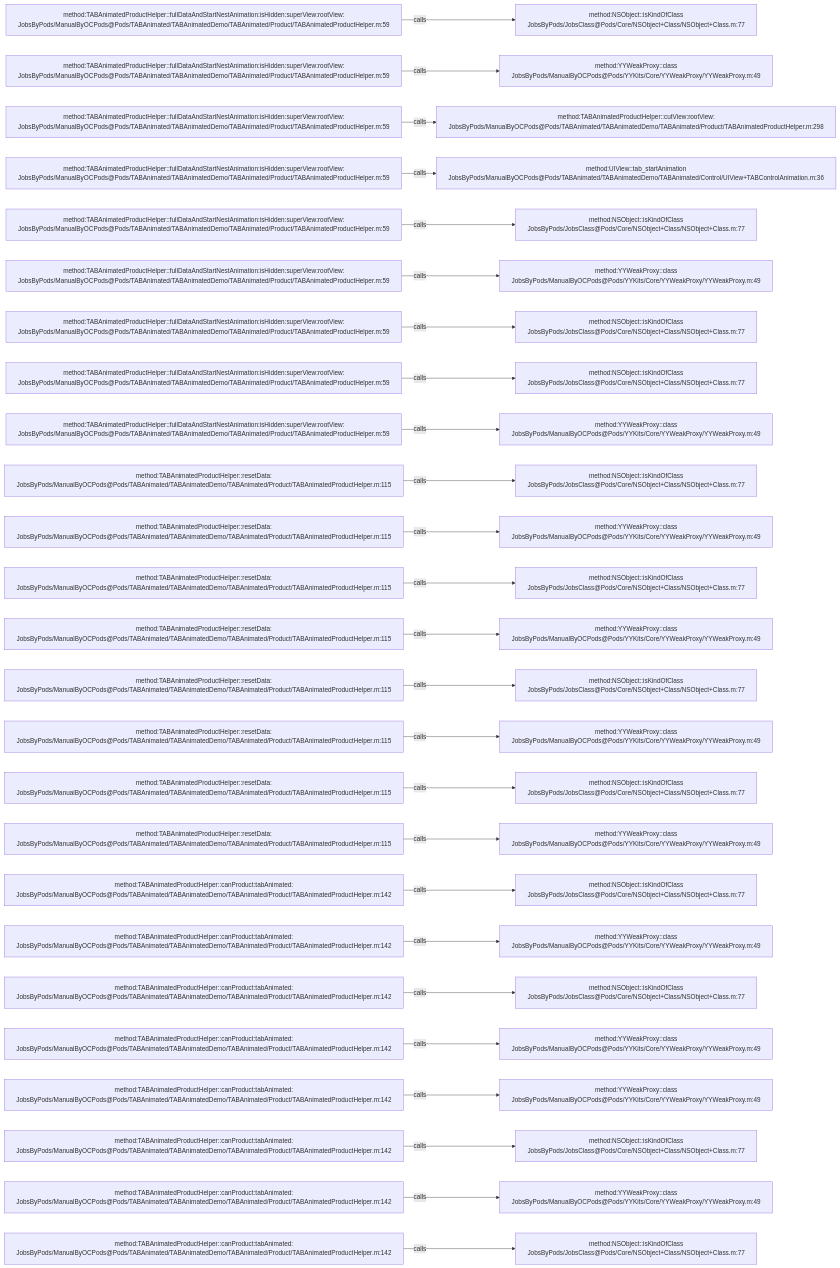
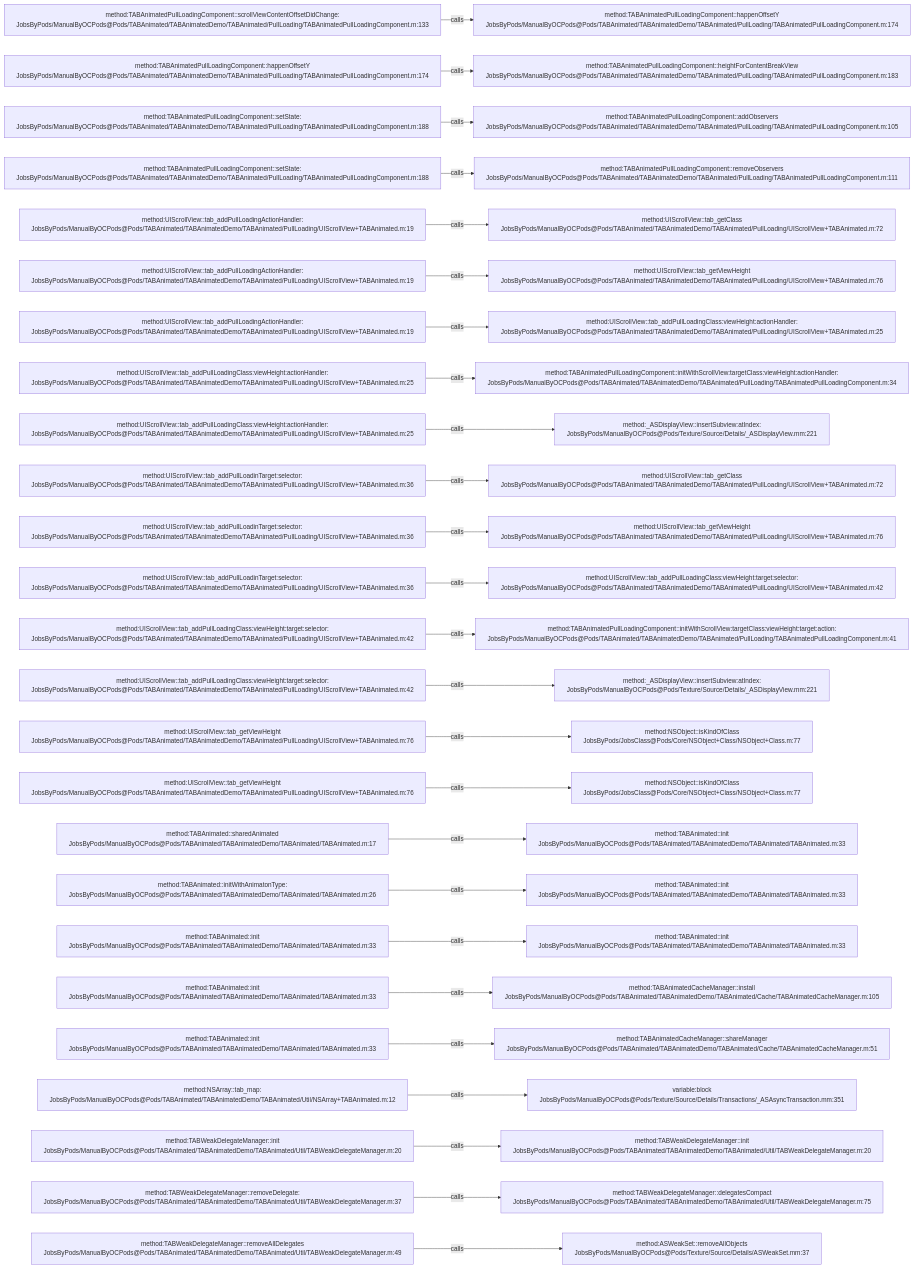
The diagram in .codegraph/codegraph.md/graphs/calls-031.md (JobsKits/JobsOCBaseConfigDemo), drawn with Mermaid before and after one commit. The commit also changed 1448 other files, not shown here.

````diff
--- a/.codegraph/codegraph.md/graphs/calls-031.md
+++ b/.codegraph/codegraph.md/graphs/calls-031.md
@@ -13,78 +13,78 @@
 ```mermaid
 flowchart LR
-  S1["method:TABAnimatedProductHelper::fullDataAndStartNestAnimation:isHidden:superView:rootView:<br/>JobsByPods/ManualByOCPods@Pods/TABAnimated/TABAnimatedDemo/TABAnimated/Product/TABAnimatedProductHelper.m:59"]
-  T1["method:NSObject::isKindOfClass<br/>JobsByPods/JobsClass@Pods/Core/NSObject+Class/NSObject+Class.m:77"]
+  S1["method:TABAnimatedPullLoadingComponent::scrollViewContentOffsetDidChange:<br/>JobsByPods/ManualByOCPods@Pods/TABAnimated/TABAnimatedDemo/TABAnimated/PullLoading/TABAnimatedPullLoadingComponent.m:133"]
+  T1["method:TABAnimatedPullLoadingComponent::happenOffsetY<br/>JobsByPods/ManualByOCPods@Pods/TABAnimated/TABAnimatedDemo/TABAnimated/PullLoading/TABAnimatedPullLoadingComponent.m:174"]
   S1 -->|calls| T1
-  S2["method:TABAnimatedProductHelper::fullDataAndStartNestAnimation:isHidden:superView:rootView:<br/>JobsByPods/ManualByOCPods@Pods/TABAnimated/TABAnimatedDemo/TABAnimated/Product/TABAnimatedProductHelper.m:59"]
-  T2["method:YYWeakProxy::class<br/>JobsByPods/ManualByOCPods@Pods/YYKits/Core/YYWeakProxy/YYWeakProxy.m:49"]
+  S2["method:TABAnimatedPullLoadingComponent::happenOffsetY<br/>JobsByPods/ManualByOCPods@Pods/TABAnimated/TABAnimatedDemo/TABAnimated/PullLoading/TABAnimatedPullLoadingComponent.m:174"]
+  T2["method:TABAnimatedPullLoadingComponent::heightForContentBreakView<br/>JobsByPods/ManualByOCPods@Pods/TABAnimated/TABAnimatedDemo/TABAnimated/PullLoading/TABAnimatedPullLoadingComponent.m:183"]
   S2 -->|calls| T2
-  S3["method:TABAnimatedProductHelper::fullDataAndStartNestAnimation:isHidden:superView:rootView:<br/>JobsByPods/ManualByOCPods@Pods/TABAnimated/TABAnimatedDemo/TABAnimated/Product/TABAnimatedProductHelper.m:59"]
-  T3["method:TABAnimatedProductHelper::cutView:rootView:<br/>JobsByPods/ManualByOCPods@Pods/TABAnimated/TABAnimatedDemo/TABAnimated/Product/TABAnimatedProductHelper.m:298"]
+  S3["method:TABAnimatedPullLoadingComponent::setState:<br/>JobsByPods/ManualByOCPods@Pods/TABAnimated/TABAnimatedDemo/TABAnimated/PullLoading/TABAnimatedPullLoadingComponent.m:188"]
+  T3["method:TABAnimatedPullLoadingComponent::addObservers<br/>JobsByPods/ManualByOCPods@Pods/TABAnimated/TABAnimatedDemo/TABAnimated/PullLoading/TABAnimatedPullLoadingComponent.m:105"]
   S3 -->|calls| T3
-  S4["method:TABAnimatedProductHelper::fullDataAndStartNestAnimation:isHidden:superView:rootView:<br/>JobsByPods/ManualByOCPods@Pods/TABAnimated/TABAnimatedDemo/TABAnimated/Product/TABAnimatedProductHelper.m:59"]
-  T4["method:UIView::tab_startAnimation<br/>JobsByPods/ManualByOCPods@Pods/TABAnimated/TABAnimatedDemo/TABAnimated/Control/UIView+TABControlAnimation.m:36"]
+  S4["method:TABAnimatedPullLoadingComponent::setState:<br/>JobsByPods/ManualByOCPods@Pods/TABAnimated/TABAnimatedDemo/TABAnimated/PullLoading/TABAnimatedPullLoadingComponent.m:188"]
+  T4["method:TABAnimatedPullLoadingComponent::removeObservers<br/>JobsByPods/ManualByOCPods@Pods/TABAnimated/TABAnimatedDemo/TABAnimated/PullLoading/TABAnimatedPullLoadingComponent.m:111"]
   S4 -->|calls| T4
-  S5["method:TABAnimatedProductHelper::fullDataAndStartNestAnimation:isHidden:superView:rootView:<br/>JobsByPods/ManualByOCPods@Pods/TABAnimated/TABAnimatedDemo/TABAnimated/Product/TABAnimatedProductHelper.m:59"]
-  T5["method:NSObject::isKindOfClass<br/>JobsByPods/JobsClass@Pods/Core/NSObject+Class/NSObject+Class.m:77"]
+  S5["method:UIScrollView::tab_addPullLoadingActionHandler:<br/>JobsByPods/ManualByOCPods@Pods/TABAnimated/TABAnimatedDemo/TABAnimated/PullLoading/UIScrollView+TABAnimated.m:19"]
+  T5["method:UIScrollView::tab_getClass<br/>JobsByPods/ManualByOCPods@Pods/TABAnimated/TABAnimatedDemo/TABAnimated/PullLoading/UIScrollView+TABAnimated.m:72"]
   S5 -->|calls| T5
-  S6["method:TABAnimatedProductHelper::fullDataAndStartNestAnimation:isHidden:superView:rootView:<br/>JobsByPods/ManualByOCPods@Pods/TABAnimated/TABAnimatedDemo/TABAnimated/Product/TABAnimatedProductHelper.m:59"]
-  T6["method:YYWeakProxy::class<br/>JobsByPods/ManualByOCPods@Pods/YYKits/Core/YYWeakProxy/YYWeakProxy.m:49"]
+  S6["method:UIScrollView::tab_addPullLoadingActionHandler:<br/>JobsByPods/ManualByOCPods@Pods/TABAnimated/TABAnimatedDemo/TABAnimated/PullLoading/UIScrollView+TABAnimated.m:19"]
+  T6["method:UIScrollView::tab_getViewHeight<br/>JobsByPods/ManualByOCPods@Pods/TABAnimated/TABAnimatedDemo/TABAnimated/PullLoading/UIScrollView+TABAnimated.m:76"]
   S6 -->|calls| T6
-  S7["method:TABAnimatedProductHelper::fullDataAndStartNestAnimation:isHidden:superView:rootView:<br/>JobsByPods/ManualByOCPods@Pods/TABAnimated/TABAnimatedDemo/TABAnimated/Product/TABAnimatedProductHelper.m:59"]
-  T7["method:NSObject::isKindOfClass<br/>JobsByPods/JobsClass@Pods/Core/NSObject+Class/NSObject+Class.m:77"]
+  S7["method:UIScrollView::tab_addPullLoadingActionHandler:<br/>JobsByPods/ManualByOCPods@Pods/TABAnimated/TABAnimatedDemo/TABAnimated/PullLoading/UIScrollView+TABAnimated.m:19"]
+  T7["method:UIScrollView::tab_addPullLoadingClass:viewHeight:actionHandler:<br/>JobsByPods/ManualByOCPods@Pods/TABAnimated/TABAnimatedDemo/TABAnimated/PullLoading/UIScrollView+TABAnimated.m:25"]
   S7 -->|calls| T7
-  S8["method:TABAnimatedProductHelper::fullDataAndStartNestAnimation:isHidden:superView:rootView:<br/>JobsByPods/ManualByOCPods@Pods/TABAnimated/TABAnimatedDemo/TABAnimated/Product/TABAnimatedProductHelper.m:59"]
-  T8["method:NSObject::isKindOfClass<br/>JobsByPods/JobsClass@Pods/Core/NSObject+Class/NSObject+Class.m:77"]
+  S8["method:UIScrollView::tab_addPullLoadingClass:viewHeight:actionHandler:<br/>JobsByPods/ManualByOCPods@Pods/TABAnimated/TABAnimatedDemo/TABAnimated/PullLoading/UIScrollView+TABAnimated.m:25"]
+  T8["method:TABAnimatedPullLoadingComponent::initWithScrollView:targetClass:viewHeight:actionHandler:<br/>JobsByPods/ManualByOCPods@Pods/TABAnimated/TABAnimatedDemo/TABAnimated/PullLoading/TABAnimatedPullLoadingComponent.m:34"]
   S8 -->|calls| T8
-  S9["method:TABAnimatedProductHelper::fullDataAndStartNestAnimation:isHidden:superView:rootView:<br/>JobsByPods/ManualByOCPods@Pods/TABAnimated/TABAnimatedDemo/TABAnimated/Product/TABAnimatedProductHelper.m:59"]
-  T9["method:YYWeakProxy::class<br/>JobsByPods/ManualByOCPods@Pods/YYKits/Core/YYWeakProxy/YYWeakProxy.m:49"]
+  S9["method:UIScrollView::tab_addPullLoadingClass:viewHeight:actionHandler:<br/>JobsByPods/ManualByOCPods@Pods/TABAnimated/TABAnimatedDemo/TABAnimated/PullLoading/UIScrollView+TABAnimated.m:25"]
+  T9["method:_ASDisplayView::insertSubview:atIndex:<br/>JobsByPods/ManualByOCPods@Pods/Texture/Source/Details/_ASDisplayView.mm:221"]
   S9 -->|calls| T9
-  S10["method:TABAnimatedProductHelper::resetData:<br/>JobsByPods/ManualByOCPods@Pods/TABAnimated/TABAnimatedDemo/TABAnimated/Product/TABAnimatedProductHelper.m:115"]
-  T10["method:NSObject::isKindOfClass<br/>JobsByPods/JobsClass@Pods/Core/NSObject+Class/NSObject+Class.m:77"]
+  S10["method:UIScrollView::tab_addPullLoadinTarget:selector:<br/>JobsByPods/ManualByOCPods@Pods/TABAnimated/TABAnimatedDemo/TABAnimated/PullLoading/UIScrollView+TABAnimated.m:36"]
+  T10["method:UIScrollView::tab_getClass<br/>JobsByPods/ManualByOCPods@Pods/TABAnimated/TABAnimatedDemo/TABAnimated/PullLoading/UIScrollView+TABAnimated.m:72"]
   S10 -->|calls| T10
-  S11["method:TABAnimatedProductHelper::resetData:<br/>JobsByPods/ManualByOCPods@Pods/TABAnimated/TABAnimatedDemo/TABAnimated/Product/TABAnimatedProductHelper.m:115"]
-  T11["method:YYWeakProxy::class<br/>JobsByPods/ManualByOCPods@Pods/YYKits/Core/YYWeakProxy/YYWeakProxy.m:49"]
+  S11["method:UIScrollView::tab_addPullLoadinTarget:selector:<br/>JobsByPods/ManualByOCPods@Pods/TABAnimated/TABAnimatedDemo/TABAnimated/PullLoading/UIScrollView+TABAnimated.m:36"]
+  T11["method:UIScrollView::tab_getViewHeight<br/>JobsByPods/ManualByOCPods@Pods/TABAnimated/TABAnimatedDemo/TABAnimated/PullLoading/UIScrollView+TABAnimated.m:76"]
   S11 -->|calls| T11
-  S12["method:TABAnimatedProductHelper::resetData:<br/>JobsByPods/ManualByOCPods@Pods/TABAnimated/TABAnimatedDemo/TABAnimated/Product/TABAnimatedProductHelper.m:115"]
-  T12["method:NSObject::isKindOfClass<br/>JobsByPods/JobsClass@Pods/Core/NSObject+Class/NSObject+Class.m:77"]
+  S12["method:UIScrollView::tab_addPullLoadinTarget:selector:<br/>JobsByPods/ManualByOCPods@Pods/TABAnimated/TABAnimatedDemo/TABAnimated/PullLoading/UIScrollView+TABAnimated.m:36"]
+  T12["method:UIScrollView::tab_addPullLoadingClass:viewHeight:target:selector:<br/>JobsByPods/ManualByOCPods@Pods/TABAnimated/TABAnimatedDemo/TABAnimated/PullLoading/UIScrollView+TABAnimated.m:42"]
   S12 -->|calls| T12
-  S13["method:TABAnimatedProductHelper::resetData:<br/>JobsByPods/ManualByOCPods@Pods/TABAnimated/TABAnimatedDemo/TABAnimated/Product/TABAnimatedProductHelper.m:115"]
-  T13["method:YYWeakProxy::class<br/>JobsByPods/ManualByOCPods@Pods/YYKits/Core/YYWeakProxy/YYWeakProxy.m:49"]
+  S13["method:UIScrollView::tab_addPullLoadingClass:viewHeight:target:selector:<br/>JobsByPods/ManualByOCPods@Pods/TABAnimated/TABAnimatedDemo/TABAnimated/PullLoading/UIScrollView+TABAnimated.m:42"]
+  T13["method:TABAnimatedPullLoadingComponent::initWithScrollView:targetClass:viewHeight:target:action:<br/>JobsByPods/ManualByOCPods@Pods/TABAnimated/TABAnimatedDemo/TABAnimated/PullLoading/TABAnimatedPullLoadingComponent.m:41"]
   S13 -->|calls| T13
-  S14["method:TABAnimatedProductHelper::resetData:<br/>JobsByPods/ManualByOCPods@Pods/TABAnimated/TABAnimatedDemo/TABAnimated/Product/TABAnimatedProductHelper.m:115"]
-  T14["method:NSObject::isKindOfClass<br/>JobsByPods/JobsClass@Pods/Core/NSObject+Class/NSObject+Class.m:77"]
+  S14["method:UIScrollView::tab_addPullLoadingClass:viewHeight:target:selector:<br/>JobsByPods/ManualByOCPods@Pods/TABAnimated/TABAnimatedDemo/TABAnimated/PullLoading/UIScrollView+TABAnimated.m:42"]
+  T14["method:_ASDisplayView::insertSubview:atIndex:<br/>JobsByPods/ManualByOCPods@Pods/Texture/Source/Details/_ASDisplayView.mm:221"]
   S14 -->|calls| T14
-  S15["method:TABAnimatedProductHelper::resetData:<br/>JobsByPods/ManualByOCPods@Pods/TABAnimated/TABAnimatedDemo/TABAnimated/Product/TABAnimatedProductHelper.m:115"]
-  T15["method:YYWeakProxy::class<br/>JobsByPods/ManualByOCPods@Pods/YYKits/Core/YYWeakProxy/YYWeakProxy.m:49"]
+  S15["method:UIScrollView::tab_getViewHeight<br/>JobsByPods/ManualByOCPods@Pods/TABAnimated/TABAnimatedDemo/TABAnimated/PullLoading/UIScrollView+TABAnimated.m:76"]
+  T15["method:NSObject::isKindOfClass<br/>JobsByPods/JobsClass@Pods/Core/NSObject+Class/NSObject+Class.m:77"]
   S15 -->|calls| T15
-  S16["method:TABAnimatedProductHelper::resetData:<br/>JobsByPods/ManualByOCPods@Pods/TABAnimated/TABAnimatedDemo/TABAnimated/Product/TABAnimatedProductHelper.m:115"]
+  S16["method:UIScrollView::tab_getViewHeight<br/>JobsByPods/ManualByOCPods@Pods/TABAnimated/TABAnimatedDemo/TABAnimated/PullLoading/UIScrollView+TABAnimated.m:76"]
   T16["method:NSObject::isKindOfClass<br/>JobsByPods/JobsClass@Pods/Core/NSObject+Class/NSObject+Class.m:77"]
   S16 -->|calls| T16
-  S17["method:TABAnimatedProductHelper::resetData:<br/>JobsByPods/ManualByOCPods@Pods/TABAnimated/TABAnimatedDemo/TABAnimated/Product/TABAnimatedProductHelper.m:115"]
-  T17["method:YYWeakProxy::class<br/>JobsByPods/ManualByOCPods@Pods/YYKits/Core/YYWeakProxy/YYWeakProxy.m:49"]
+  S17["method:TABAnimated::sharedAnimated<br/>JobsByPods/ManualByOCPods@Pods/TABAnimated/TABAnimatedDemo/TABAnimated/TABAnimated.m:17"]
+  T17["method:TABAnimated::init<br/>JobsByPods/ManualByOCPods@Pods/TABAnimated/TABAnimatedDemo/TABAnimated/TABAnimated.m:33"]
   S17 -->|calls| T17
-  S18["method:TABAnimatedProductHelper::canProduct:tabAnimated:<br/>JobsByPods/ManualByOCPods@Pods/TABAnimated/TABAnimatedDemo/TABAnimated/Product/TABAnimatedProductHelper.m:142"]
-  T18["method:NSObject::isKindOfClass<br/>JobsByPods/JobsClass@Pods/Core/NSObject+Class/NSObject+Class.m:77"]
+  S18["method:TABAnimated::initWithAnimatonType:<br/>JobsByPods/ManualByOCPods@Pods/TABAnimated/TABAnimatedDemo/TABAnimated/TABAnimated.m:26"]
+  T18["method:TABAnimated::init<br/>JobsByPods/ManualByOCPods@Pods/TABAnimated/TABAnimatedDemo/TABAnimated/TABAnimated.m:33"]
   S18 -->|calls| T18
-  S19["method:TABAnimatedProductHelper::canProduct:tabAnimated:<br/>JobsByPods/ManualByOCPods@Pods/TABAnimated/TABAnimatedDemo/TABAnimated/Product/TABAnimatedProductHelper.m:142"]
-  T19["method:YYWeakProxy::class<br/>JobsByPods/ManualByOCPods@Pods/YYKits/Core/YYWeakProxy/YYWeakProxy.m:49"]
+  S19["method:TABAnimated::init<br/>JobsByPods/ManualByOCPods@Pods/TABAnimated/TABAnimatedDemo/TABAnimated/TABAnimated.m:33"]
+  T19["method:TABAnimated::init<br/>JobsByPods/ManualByOCPods@Pods/TABAnimated/TABAnimatedDemo/TABAnimated/TABAnimated.m:33"]
   S19 -->|calls| T19
-  S20["method:TABAnimatedProductHelper::canProduct:tabAnimated:<br/>JobsByPods/ManualByOCPods@Pods/TABAnimated/TABAnimatedDemo/TABAnimated/Product/TABAnimatedProductHelper.m:142"]
-  T20["method:NSObject::isKindOfClass<br/>JobsByPods/JobsClass@Pods/Core/NSObject+Class/NSObject+Class.m:77"]
+  S20["method:TABAnimated::init<br/>JobsByPods/ManualByOCPods@Pods/TABAnimated/TABAnimatedDemo/TABAnimated/TABAnimated.m:33"]
+  T20["method:TABAnimatedCacheManager::install<br/>JobsByPods/ManualByOCPods@Pods/TABAnimated/TABAnimatedDemo/TABAnimated/Cache/TABAnimatedCacheManager.m:105"]
   S20 -->|calls| T20
-  S21["method:TABAnimatedProductHelper::canProduct:tabAnimated:<br/>JobsByPods/ManualByOCPods@Pods/TABAnimated/TABAnimatedDemo/TABAnimated/Product/TABAnimatedProductHelper.m:142"]
-  T21["method:YYWeakProxy::class<br/>JobsByPods/ManualByOCPods@Pods/YYKits/Core/YYWeakProxy/YYWeakProxy.m:49"]
+  S21["method:TABAnimated::init<br/>JobsByPods/ManualByOCPods@Pods/TABAnimated/TABAnimatedDemo/TABAnimated/TABAnimated.m:33"]
+  T21["method:TABAnimatedCacheManager::shareManager<br/>JobsByPods/ManualByOCPods@Pods/TABAnimated/TABAnimatedDemo/TABAnimated/Cache/TABAnimatedCacheManager.m:51"]
   S21 -->|calls| T21
-  S22["method:TABAnimatedProductHelper::canProduct:tabAnimated:<br/>JobsByPods/ManualByOCPods@Pods/TABAnimated/TABAnimatedDemo/TABAnimated/Product/TABAnimatedProductHelper.m:142"]
-  T22["method:YYWeakProxy::class<br/>JobsByPods/ManualByOCPods@Pods/YYKits/Core/YYWeakProxy/YYWeakProxy.m:49"]
+  S22["method:NSArray::tab_map:<br/>JobsByPods/ManualByOCPods@Pods/TABAnimated/TABAnimatedDemo/TABAnimated/Util/NSArray+TABAnimated.m:12"]
+  T22["variable:block<br/>JobsByPods/ManualByOCPods@Pods/Texture/Source/Details/Transactions/_ASAsyncTransaction.mm:351"]
   S22 -->|calls| T22
-  S23["method:TABAnimatedProductHelper::canProduct:tabAnimated:<br/>JobsByPods/ManualByOCPods@Pods/TABAnimated/TABAnimatedDemo/TABAnimated/Product/TABAnimatedProductHelper.m:142"]
-  T23["method:NSObject::isKindOfClass<br/>JobsByPods/JobsClass@Pods/Core/NSObject+Class/NSObject+Class.m:77"]
+  S23["method:TABWeakDelegateManager::init<br/>JobsByPods/ManualByOCPods@Pods/TABAnimated/TABAnimatedDemo/TABAnimated/Util/TABWeakDelegateManager.m:20"]
+  T23["method:TABWeakDelegateManager::init<br/>JobsByPods/ManualByOCPods@Pods/TABAnimated/TABAnimatedDemo/TABAnimated/Util/TABWeakDelegateManager.m:20"]
   S23 -->|calls| T23
-  S24["method:TABAnimatedProductHelper::canProduct:tabAnimated:<br/>JobsByPods/ManualByOCPods@Pods/TABAnimated/TABAnimatedDemo/TABAnimated/Product/TABAnimatedProductHelper.m:142"]
-  T24["method:YYWeakProxy::class<br/>JobsByPods/ManualByOCPods@Pods/YYKits/Core/YYWeakProxy/YYWeakProxy.m:49"]
+  S24["method:TABWeakDelegateManager::removeDelegate:<br/>JobsByPods/ManualByOCPods@Pods/TABAnimated/TABAnimatedDemo/TABAnimated/Util/TABWeakDelegateManager.m:37"]
+  T24["method:TABWeakDelegateManager::delegatesCompact<br/>JobsByPods/ManualByOCPods@Pods/TABAnimated/TABAnimatedDemo/TABAnimated/Util/TABWeakDelegateManager.m:75"]
   S24 -->|calls| T24
-  S25["method:TABAnimatedProductHelper::canProduct:tabAnimated:<br/>JobsByPods/ManualByOCPods@Pods/TABAnimated/TABAnimatedDemo/TABAnimated/Product/TABAnimatedProductHelper.m:142"]
-  T25["method:NSObject::isKindOfClass<br/>JobsByPods/JobsClass@Pods/Core/NSObject+Class/NSObject+Class.m:77"]
+  S25["method:TABWeakDelegateManager::removeAllDelegates<br/>JobsByPods/ManualByOCPods@Pods/TABAnimated/TABAnimatedDemo/TABAnimated/Util/TABWeakDelegateManager.m:49"]
+  T25["method:ASWeakSet::removeAllObjects<br/>JobsByPods/ManualByOCPods@Pods/Texture/Source/Details/ASWeakSet.mm:37"]
   S25 -->|calls| T25
 ```
````
